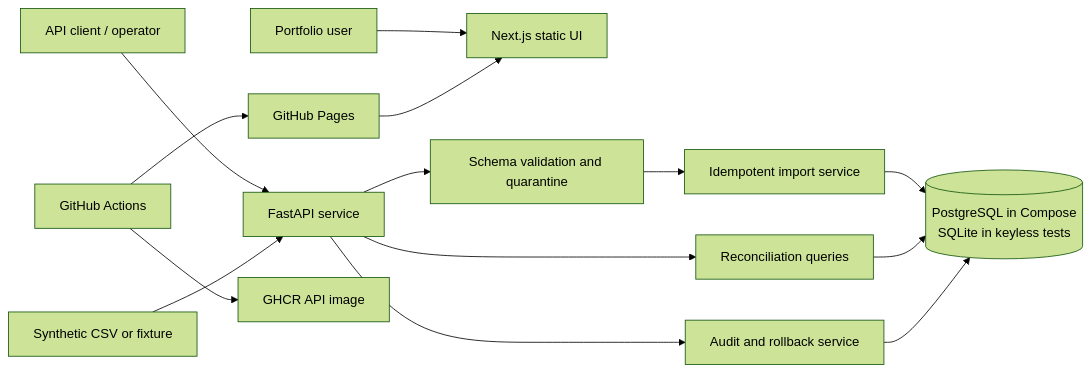
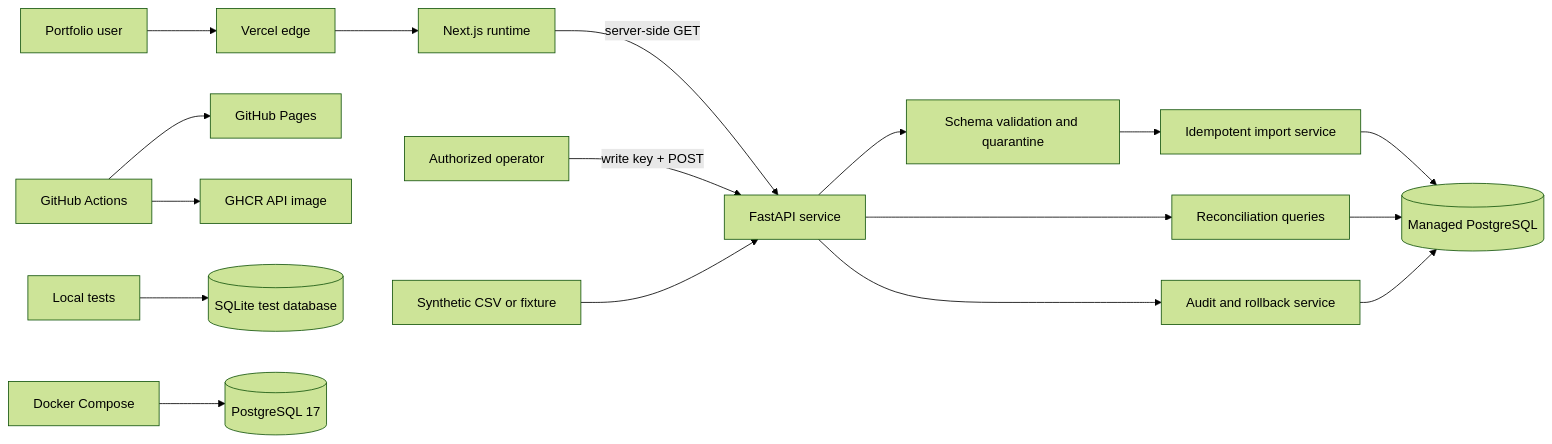
One commit to abdul-rahman96/ledgerflow changed the first of 3 diagrams in docs/DEFENSE_PREPARATION.md. Above: the diagram before and after it, drawn with Mermaid (forest theme). The commit also changed other lines of this file and 2 other files, not shown here.

````diff
--- a/docs/DEFENSE_PREPARATION.md
+++ b/docs/DEFENSE_PREPARATION.md
@@ -47,16 +51,19 @@
 ```mermaid
 flowchart LR
-    User[Portfolio user] --> UI[Next.js static UI]
-    Operator[API client / operator] --> API[FastAPI service]
+    User[Portfolio user] --> Edge[Vercel edge]
+    Edge --> UI[Next.js runtime]
+    UI -->|server-side GET| API[FastAPI service]
+    Operator[Authorized operator] -->|write key + POST| API
     CSV[Synthetic CSV or fixture] --> API
     API --> Validate[Schema validation and quarantine]
     Validate --> Import[Idempotent import service]
-    Import --> DB[(PostgreSQL in Compose\nSQLite in keyless tests)]
+    Import --> DB[(Managed PostgreSQL)]
     API --> Reconcile[Reconciliation queries]
     API --> Audit[Audit and rollback service]
     Reconcile --> DB
     Audit --> DB
     GH[GitHub Actions] --> Pages[GitHub Pages]
     GH --> Registry[GHCR API image]
-    Pages --> UI
+    Tests[Local tests] --> SQLite[(SQLite test database)]
+    Compose[Docker Compose] --> LocalPG[(PostgreSQL 17)]
 ```
````
